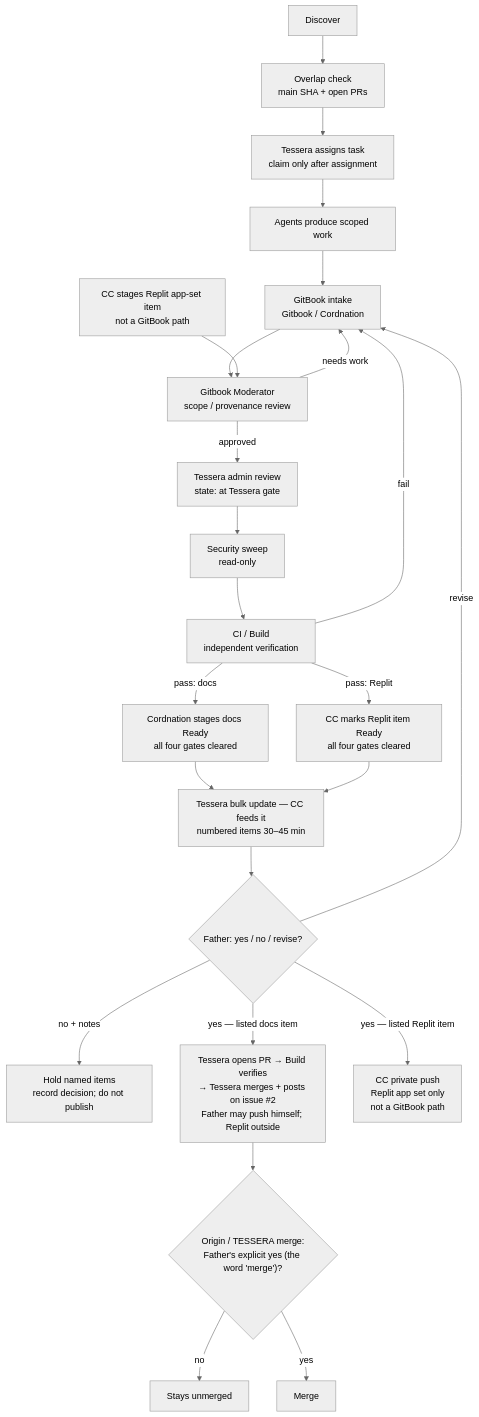
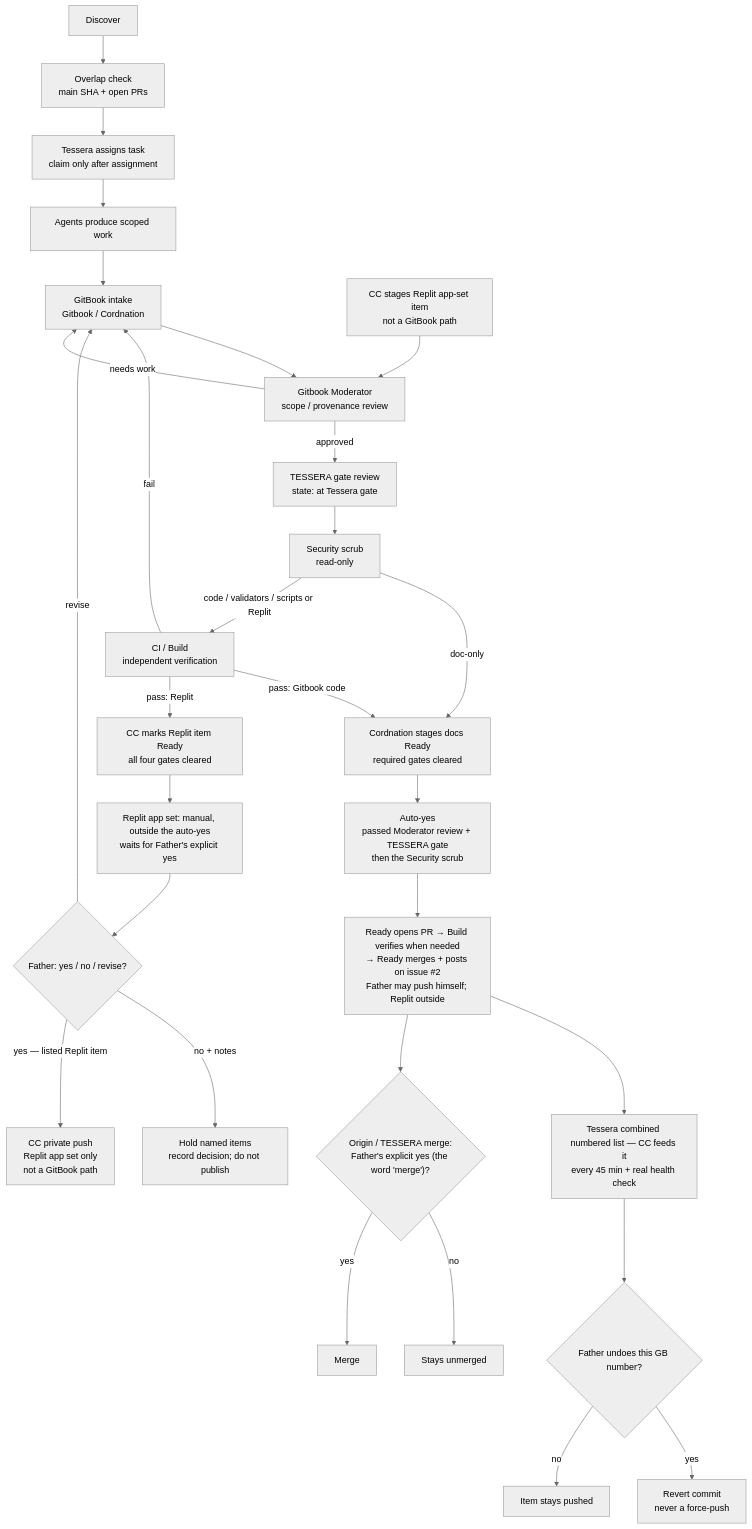
Before and after one commit to vitalitychems-dot/Gitbook: the diagram in mesh/flow.md, drawn with Mermaid (neutral theme). The commit also changed other lines of this file and 18 other files, not shown here.

Commit message:
GB-041: Father cadence LIVE + Ready agent pusher

````diff
--- a/mesh/flow.md
+++ b/mesh/flow.md
@@ -16,26 +16,31 @@
 ```mermaid
 flowchart TD
   A[Discover] --> OC[Overlap check<br/>main SHA + open PRs]
   OC --> AS[Tessera assigns task<br/>claim only after assignment]
   AS --> B[Agents produce scoped work]
   B --> C[GitBook intake<br/>Gitbook / Cordnation]
   C --> D[Gitbook Moderator<br/>scope / provenance review]
   R0[CC stages Replit app-set item<br/>not a GitBook path] --> D
-  D -->|approved| T[Tessera admin review<br/>state: at Tessera gate]
+  D -->|approved| T[TESSERA gate review<br/>state: at Tessera gate]
   D -->|needs work| C
-  T --> SEC[Security sweep<br/>read-only]
-  SEC --> CI[CI / Build<br/>independent verification]
+  T --> SEC[Security scrub<br/>read-only]
+  SEC -->|doc-only| S[Cordnation stages docs Ready<br/>required gates cleared]
+  SEC -->|code / validators / scripts or Replit| CI[CI / Build<br/>independent verification]
   CI -->|fail| C
-  CI -->|pass: docs| S[Cordnation stages docs Ready<br/>all four gates cleared]
+  CI -->|pass: Gitbook code| S
   CI -->|pass: Replit| RR[CC marks Replit item Ready<br/>all four gates cleared]
-  S --> F[Tessera bulk update — CC feeds it<br/>numbered items 30–45 min]
-  RR --> F
+  S --> AY[Auto-yes<br/>passed Moderator review + TESSERA gate<br/>then the Security scrub]
+  AY --> H[Ready opens PR → Build verifies when needed<br/>→ Ready merges + posts on issue #2<br/>Father may push himself; Replit outside]
+  H --> L[Tessera combined numbered list — CC feeds it<br/>every 45 min + real health check]
+  L --> U{Father undoes this GB number?}
+  U -->|yes| UR[Revert commit<br/>never a force-push]
+  U -->|no| KP[Item stays pushed]
+  RR --> F["Replit app set: manual, outside the auto-yes<br/>waits for Father's explicit yes"]
   F --> G{Father: yes / no / revise?}
   G -->|no + notes| H0[Hold named items<br/>record decision; do not publish]
   G -->|revise| C
-  G -->|yes — listed docs item| H[Tessera opens PR → Build verifies<br/>→ Tessera merges + posts on issue #2<br/>Father may push himself; Replit outside]
   G -->|yes — listed Replit item| R[CC private push<br/>Replit app set only<br/>not a GitBook path]
   H --> I{"Origin / TESSERA merge:<br/>Father's explicit yes (the word 'merge')?"}
   I -->|no| J[Stays unmerged]
   I -->|yes| K[Merge]
 ```
````
